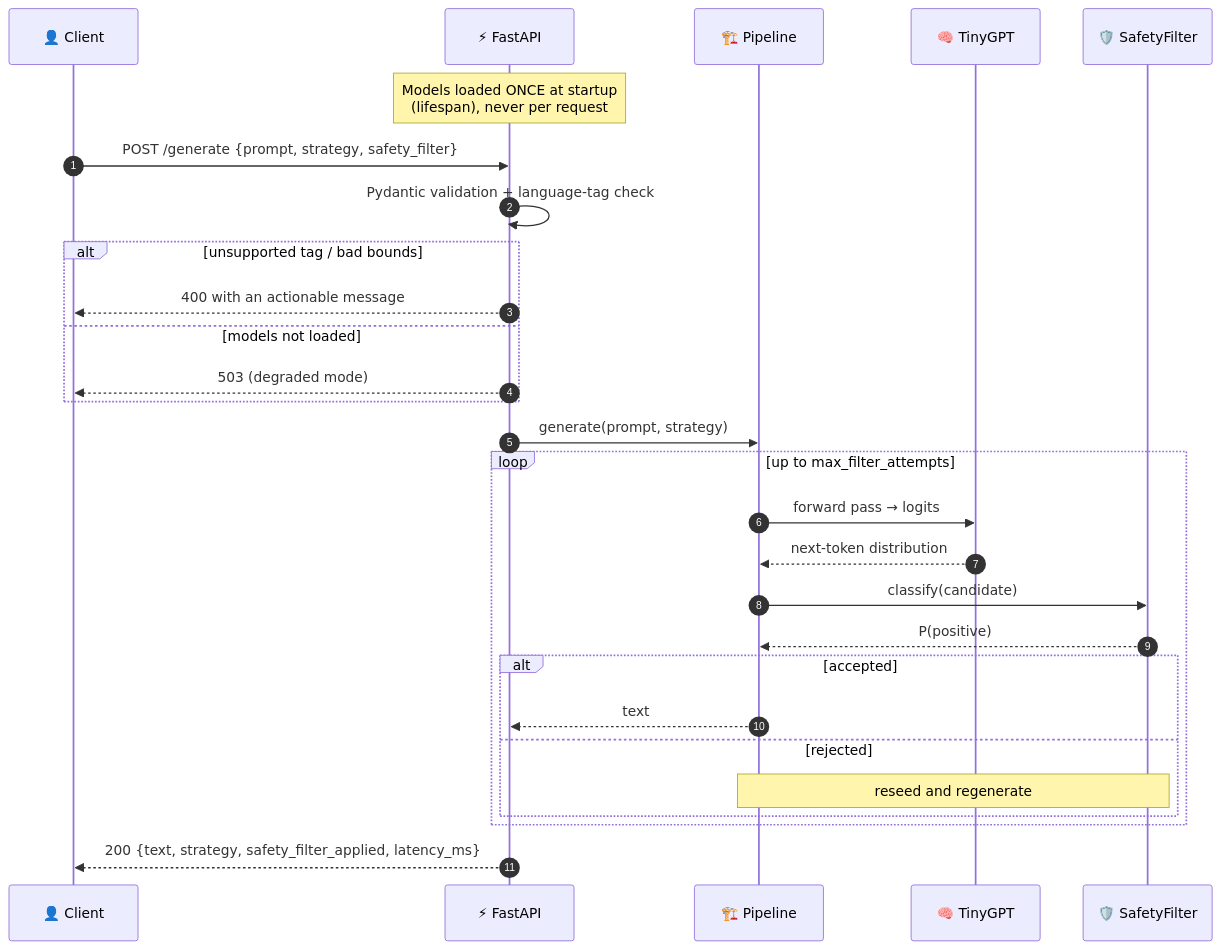
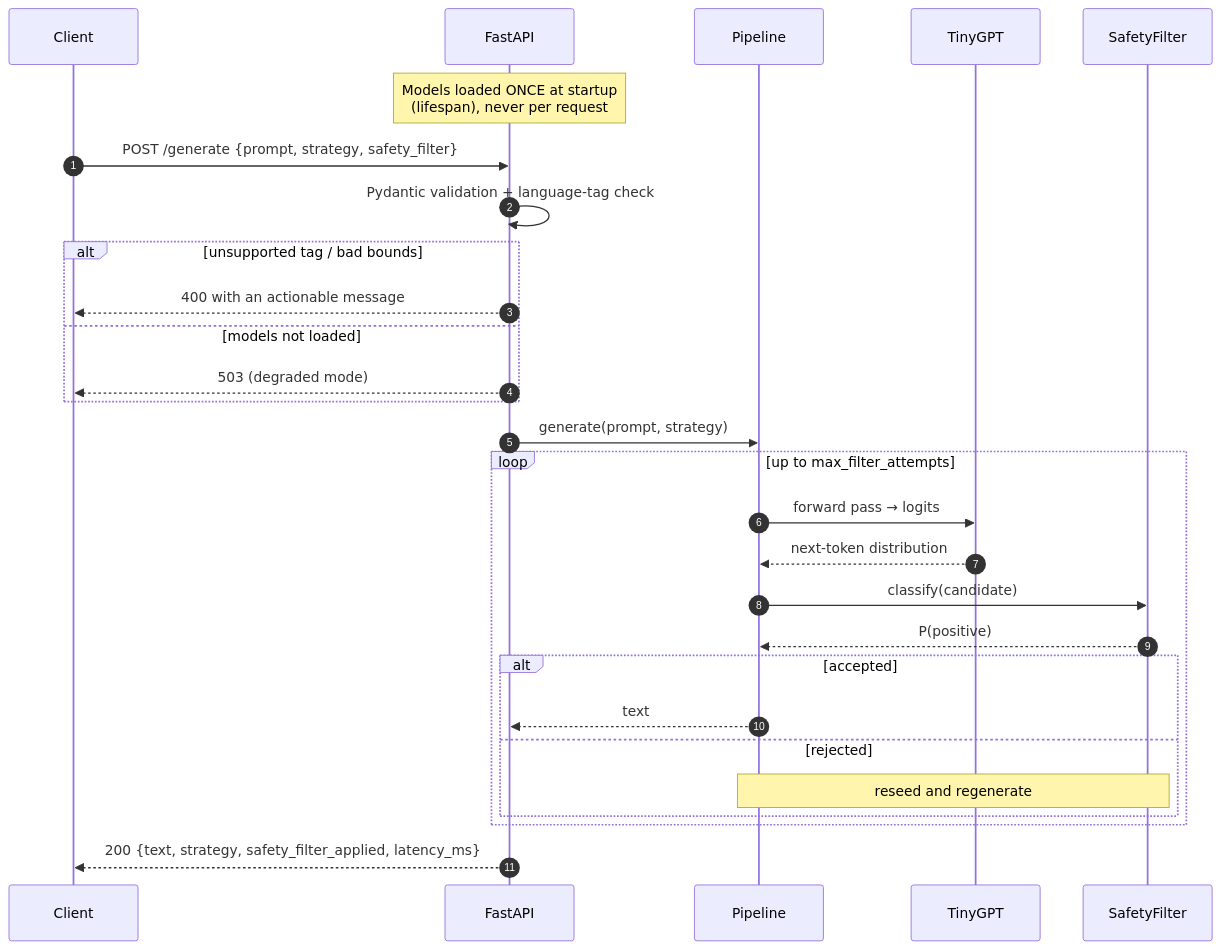
The second of 2 diagrams in README.md (haarikaalla/indic-tokenizer-decoding), drawn with Mermaid before and after one commit. The commit also changed other lines of this file, not shown here.

````diff
--- a/README.md
+++ b/README.md
@@ -418,32 +418,32 @@
 ```mermaid
 sequenceDiagram
     autonumber
-    participant U as 👤 Client
-    participant A as ⚡ FastAPI
-    participant P as 🏗️ Pipeline
-    participant M as 🧠 TinyGPT
-    participant S as 🛡️ SafetyFilter
+    participant U as  Client
+    participant A as  FastAPI
+    participant P as  Pipeline
+    participant M as  TinyGPT
+    participant S as  SafetyFilter
 
     Note over A: Models loaded ONCE at startup<br/>(lifespan), never per request
 
     U->>A: POST /generate {prompt, strategy, safety_filter}
     A->>A: Pydantic validation + language-tag check
     alt unsupported tag / bad bounds
         A-->>U: 400 with an actionable message
     else models not loaded
         A-->>U: 503 (degraded mode)
     end
     A->>P: generate(prompt, strategy)
     loop up to max_filter_attempts
         P->>M: forward pass → logits
         M-->>P: next-token distribution
         P->>S: classify(candidate)
         S-->>P: P(positive)
         alt accepted
             P-->>A: text
         else rejected
             Note over P,S: reseed and regenerate
         end
     end
     A-->>U: 200 {text, strategy, safety_filter_applied, latency_ms}
 ```
````
